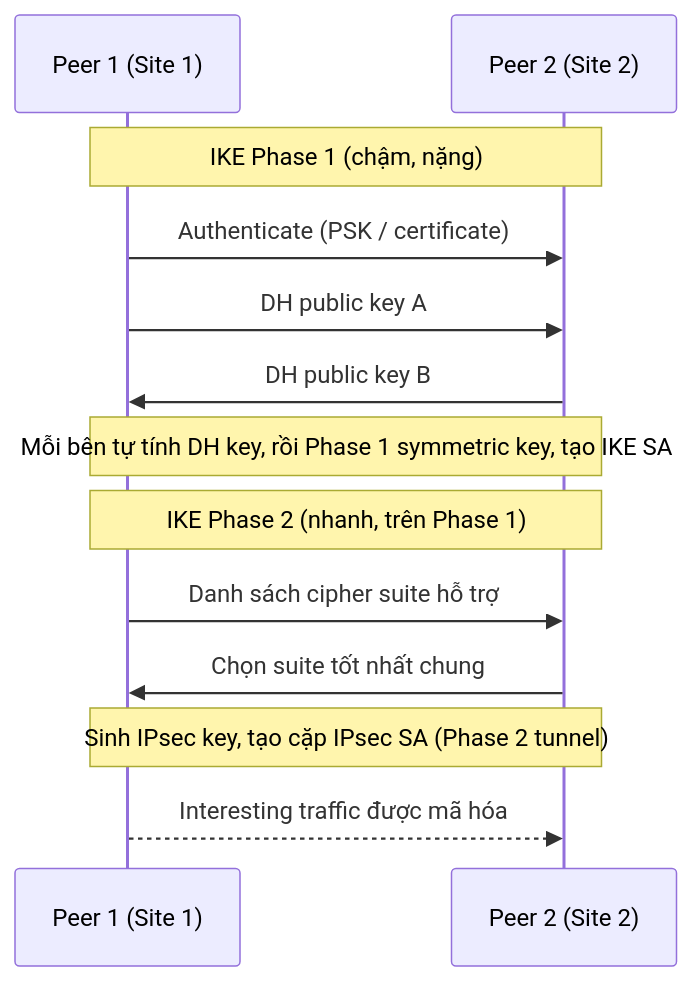
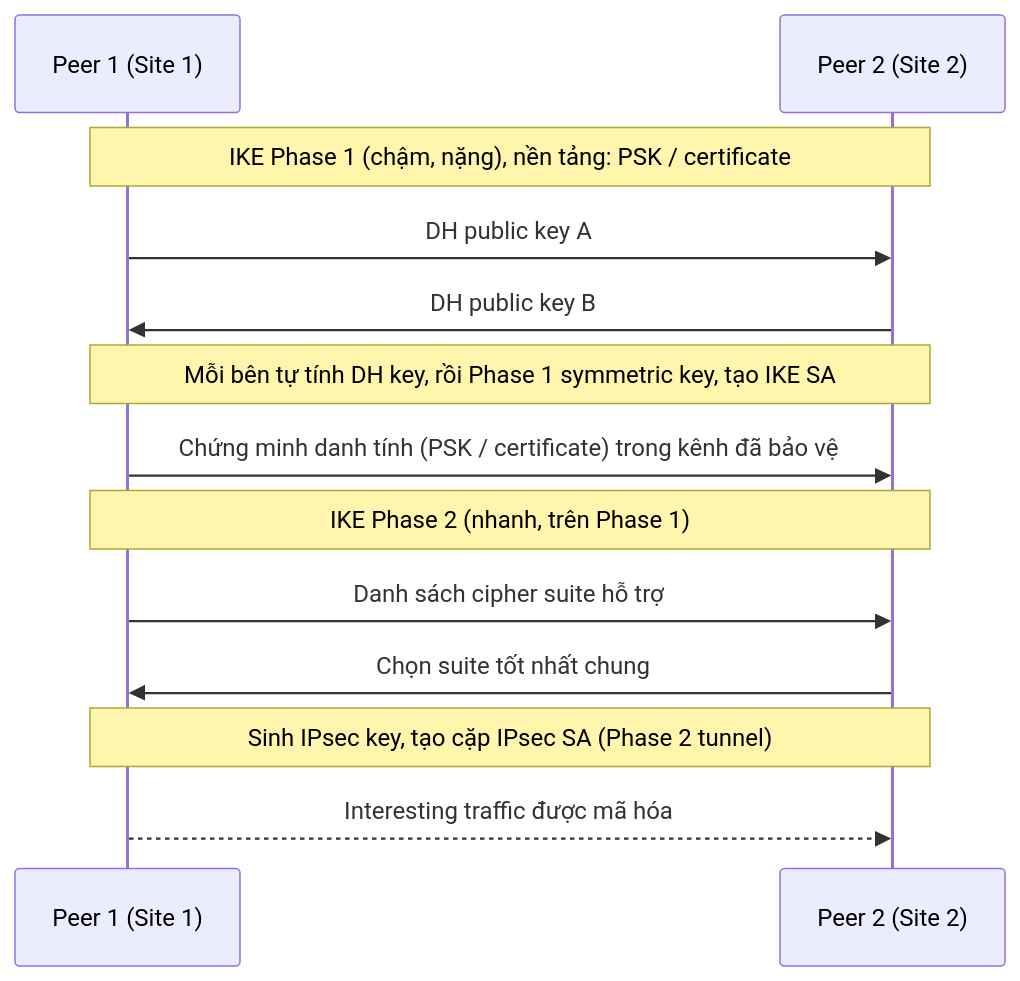
The diagram in data/17 Hybrid and Migration/IPSec VPN.md (hairbui76/aws-saa-c03), drawn with Mermaid before and after one commit. The commit also changed other lines of this file and 57 other files, not shown here.

````diff
--- a/data/17 Hybrid and Migration/IPSec VPN.md
+++ b/data/17 Hybrid and Migration/IPSec VPN.md
@@ -44,15 +45,15 @@
 ```mermaid
 sequenceDiagram
   participant A as Peer 1 (Site 1)
   participant B as Peer 2 (Site 2)
-  Note over A,B: IKE Phase 1 (chậm, nặng)
-  A->>B: Authenticate (PSK / certificate)
+  Note over A,B: IKE Phase 1 (chậm, nặng), nền tảng: PSK / certificate
   A->>B: DH public key A
   B->>A: DH public key B
   Note over A,B: Mỗi bên tự tính DH key, rồi Phase 1 symmetric key, tạo IKE SA
+  A->>B: Chứng minh danh tính (PSK / certificate) trong kênh đã bảo vệ
   Note over A,B: IKE Phase 2 (nhanh, trên Phase 1)
   A->>B: Danh sách cipher suite hỗ trợ
   B->>A: Chọn suite tốt nhất chung
   Note over A,B: Sinh IPsec key, tạo cặp IPsec SA (Phase 2 tunnel)
   A-->>B: Interesting traffic được mã hóa
 ```
````
